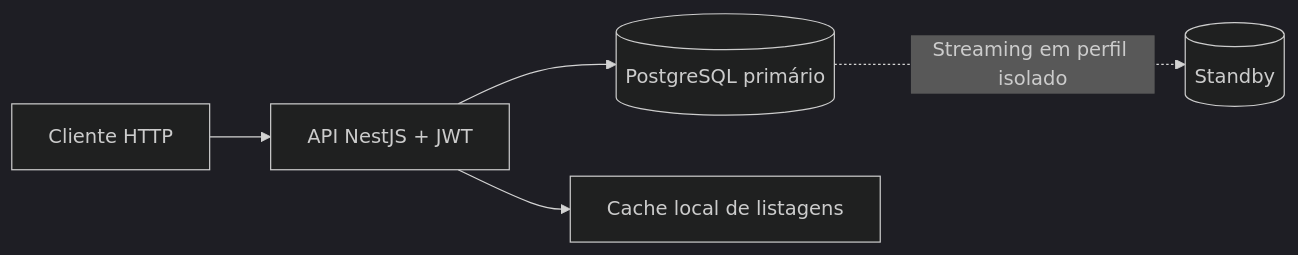
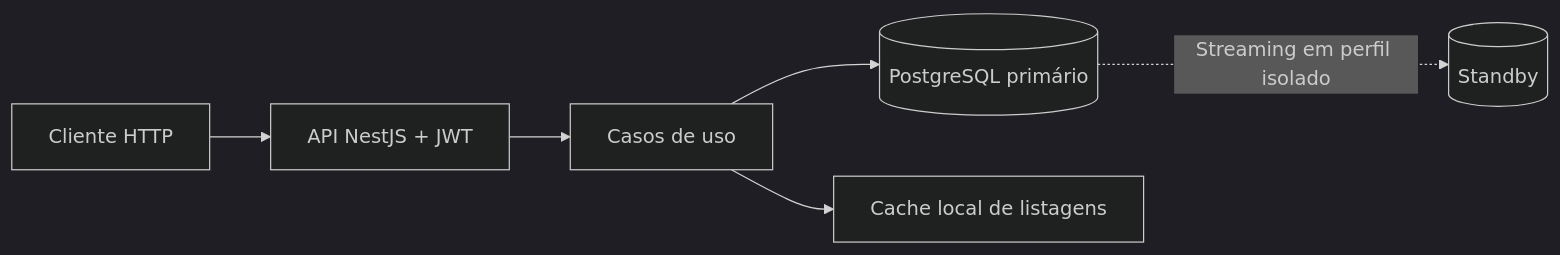
The diagram in README.md (portifolio-vinicius/api-na-porta), drawn with Mermaid (dark theme) before and after one commit. The commit also changed other lines of this file and 1 other file, not shown here.

````diff
--- a/README.md
+++ b/README.md
@@ -7,7 +23,8 @@
 ```mermaid
 flowchart LR
     C[Cliente HTTP] --> A[API NestJS + JWT]
-    A --> P[(PostgreSQL primário)]
-    A --> F[Cache local de listagens]
+    A --> U[Casos de uso]
+    U --> P[(PostgreSQL primário)]
+    U --> F[Cache local de listagens]
     P -. Streaming em perfil isolado .-> R[(Standby)]
 ```
````
